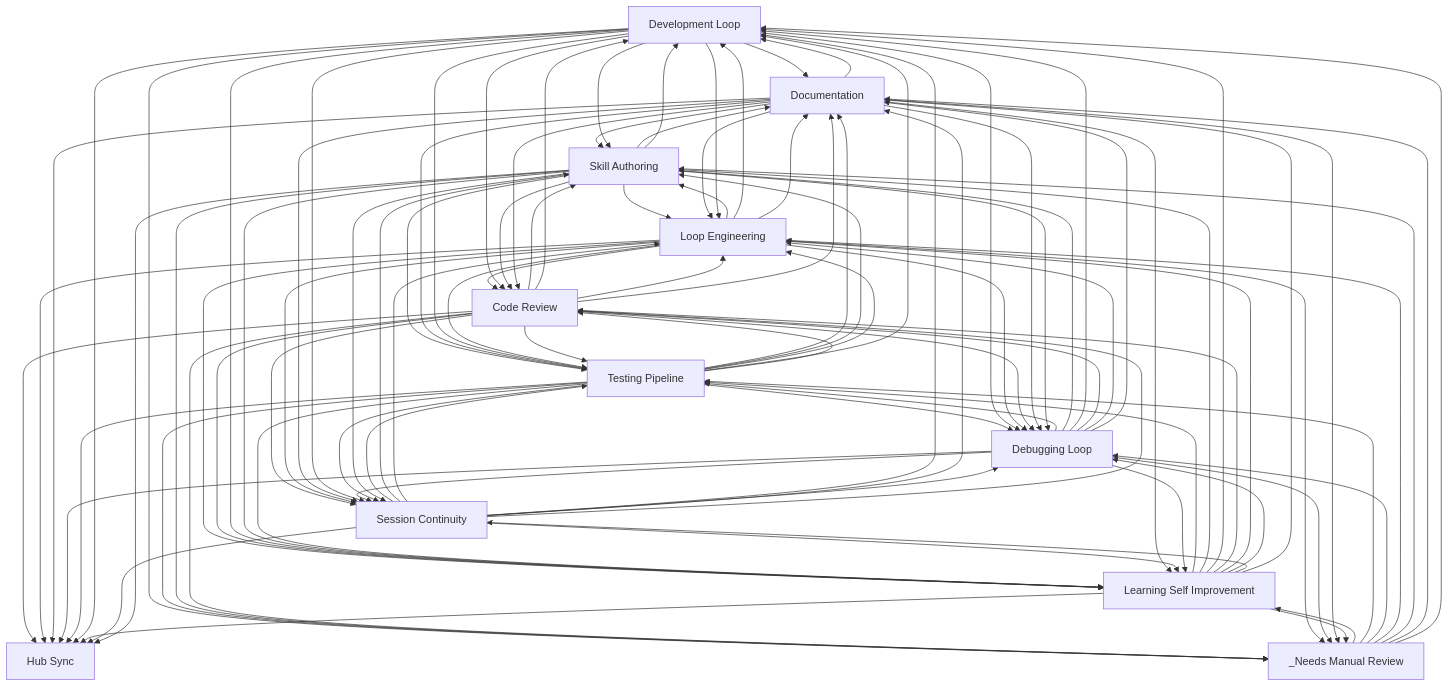
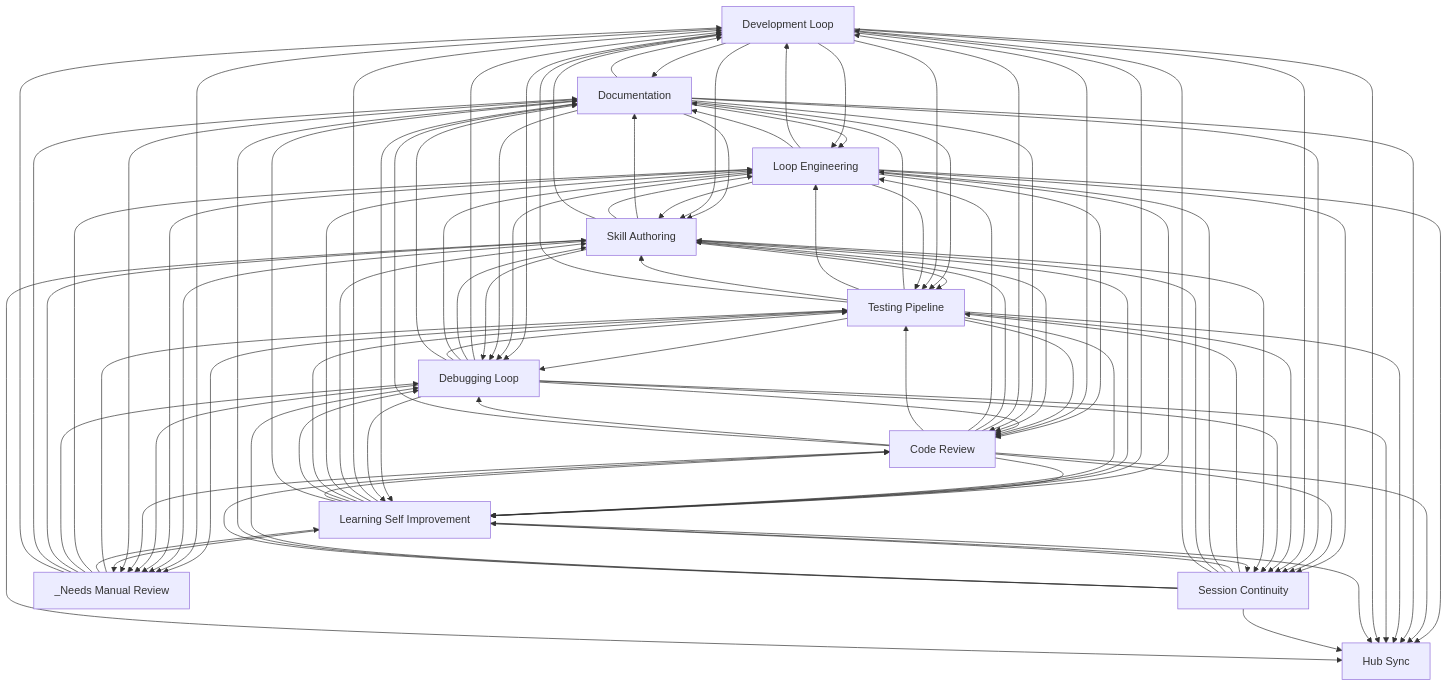
The diagram in docs/workflows/INDEX.md (abhayla/claude-best-practices), drawn with Mermaid before and after one commit. The commit also changed other lines of this file and 19 other files, not shown here.

```diff
--- a/docs/workflows/INDEX.md
+++ b/docs/workflows/INDEX.md
@@ -33,25 +33,25 @@
     documentation[Documentation]
     hub_sync[Hub Sync]
     _needs_manual_review[_Needs Manual Review]
+    testing_pipeline --> documentation
     skill_authoring --> documentation
     development_loop --> documentation
-    testing_pipeline --> documentation
+    testing_pipeline --> loop_engineering
+    testing_pipeline --> skill_authoring
     skill_authoring --> loop_engineering
     skill_authoring --> testing_pipeline
-    documentation --> skill_authoring
     documentation --> loop_engineering
     documentation --> testing_pipeline
-    development_loop --> skill_authoring
+    documentation --> skill_authoring
     development_loop --> loop_engineering
     development_loop --> testing_pipeline
-    testing_pipeline --> skill_authoring
-    testing_pipeline --> loop_engineering
+    development_loop --> skill_authoring
+    loop_engineering --> development_loop
     loop_engineering --> skill_authoring
-    loop_engineering --> development_loop
+    loop_engineering --> testing_pipeline
     loop_engineering --> code_review
-    loop_engineering --> testing_pipeline
+    code_review --> development_loop
     code_review --> skill_authoring
-    code_review --> development_loop
     code_review --> loop_engineering
     code_review --> testing_pipeline
     development_loop --> code_review
@@ -61,11 +61,11 @@
     testing_pipeline --> development_loop
     testing_pipeline --> debugging_loop
     testing_pipeline --> code_review
+    debugging_loop --> development_loop
+    debugging_loop --> skill_authoring
+    debugging_loop --> loop_engineering
     debugging_loop --> testing_pipeline
-    debugging_loop --> skill_authoring
-    debugging_loop --> development_loop
     debugging_loop --> code_review
-    debugging_loop --> loop_engineering
     development_loop --> debugging_loop
     documentation --> development_loop
     loop_engineering --> debugging_loop
@@ -74,58 +74,58 @@
     skill_authoring --> development_loop
     skill_authoring --> learning_self_improvement
     testing_pipeline --> learning_self_improvement
+    testing_pipeline --> _needs_manual_review
     development_loop --> _needs_manual_review
-    testing_pipeline --> _needs_manual_review
     code_review --> debugging_loop
+    documentation --> debugging_loop
     documentation --> code_review
-    documentation --> debugging_loop
-    code_review --> session_continuity
-    code_review --> documentation
-    code_review --> hub_sync
     loop_engineering --> session_continuity
     loop_engineering --> hub_sync
+    code_review --> session_continuity
+    code_review --> hub_sync
+    code_review --> documentation
     documentation --> session_continuity
+    documentation --> hub_sync
     documentation --> learning_self_improvement
-    documentation --> hub_sync
+    session_continuity --> testing_pipeline
     session_continuity --> learning_self_improvement
-    session_continuity --> testing_pipeline
     development_loop --> session_continuity
+    _needs_manual_review --> testing_pipeline
     _needs_manual_review --> learning_self_improvement
-    _needs_manual_review --> testing_pipeline
+    testing_pipeline --> session_continuity
     debugging_loop --> session_continuity
     debugging_loop --> learning_self_improvement
-    testing_pipeline --> session_continuity
+    testing_pipeline --> hub_sync
+    debugging_loop --> hub_sync
     debugging_loop --> documentation
-    debugging_loop --> hub_sync
-    testing_pipeline --> hub_sync
     development_loop --> hub_sync
     skill_authoring --> session_continuity
     skill_authoring --> debugging_loop
+    _needs_manual_review --> loop_engineering
     _needs_manual_review --> debugging_loop
-    _needs_manual_review --> loop_engineering
+    learning_self_improvement --> development_loop
+    learning_self_improvement --> skill_authoring
+    learning_self_improvement --> loop_engineering
     learning_self_improvement --> testing_pipeline
-    learning_self_improvement --> skill_authoring
-    learning_self_improvement --> development_loop
+    learning_self_improvement --> debugging_loop
     learning_self_improvement --> code_review
-    learning_self_improvement --> loop_engineering
-    learning_self_improvement --> debugging_loop
     skill_authoring --> _needs_manual_review
-    code_review --> _needs_manual_review
     loop_engineering --> _needs_manual_review
     debugging_loop --> _needs_manual_review
+    code_review --> _needs_manual_review
     _needs_manual_review --> skill_authoring
     _needs_manual_review --> documentation
     _needs_manual_review --> development_loop
     learning_self_improvement --> session_continuity
     documentation --> _needs_manual_review
+    session_continuity --> loop_engineering
     session_continuity --> skill_authoring
-    session_continuity --> loop_engineering
+    learning_self_improvement --> hub_sync
     learning_self_improvement --> documentation
-    learning_self_improvement --> hub_sync
     session_continuity --> development_loop
     session_continuity --> debugging_loop
+    session_continuity --> hub_sync
     session_continuity --> documentation
-    session_continuity --> hub_sync
     session_continuity --> code_review
     skill_authoring --> hub_sync
     learning_self_improvement --> _needs_manual_review
```
